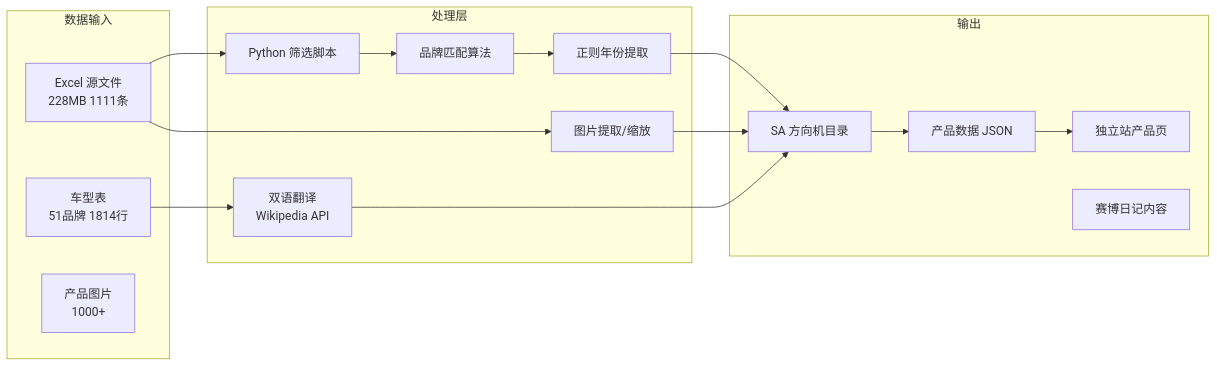
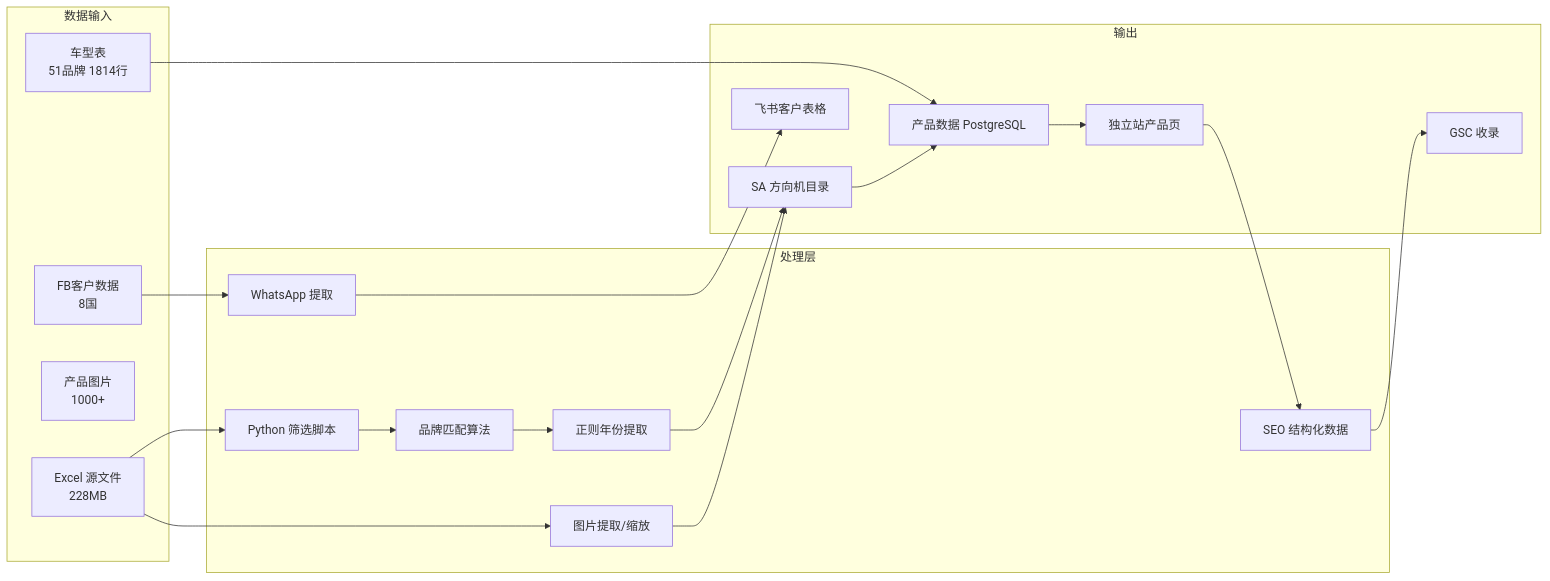
The second of 2 diagrams in content/工具拓扑图.md (zm1988668-coder/cyber-diary), drawn with Mermaid before and after one commit. The commit also changed other lines of this file and 16 other files, not shown here.

Commit message:
feat: add 15 diary entries (6/5-6/19), fix mermaid, update tools map, fix project page title

````diff
--- a/content/工具拓扑图.md
+++ b/content/工具拓扑图.md
@@ -181,34 +146,40 @@
 ```mermaid
 flowchart LR
     subgraph Input["数据输入"]
-        A1[Excel 源文件<br/>228MB 1111条]
-        A2[车型表<br/>51品牌 1814行]
-        A3[产品图片<br/>1000+]
+        A1[Excel 源文件<br>228MB]
+        A2[车型表<br>51品牌 1814行]
+        A3[产品图片<br>1000+]
+        A4[FB客户数据<br>8国]
     end
 
     subgraph Process["处理层"]
         B1[Python 筛选脚本]
         B2[品牌匹配算法]
         B3[图片提取/缩放]
         B4[正则年份提取]
-        B5[双语翻译<br/>Wikipedia API]
+        B5[WhatsApp 提取]
+        B6[SEO 结构化数据]
     end
 
     subgraph Output["输出"]
         C1[SA 方向机目录]
-        C2[产品数据 JSON]
+        C2[产品数据 PostgreSQL]
         C3[独立站产品页]
-        C4[赛博日记内容]
+        C4[飞书客户表格]
+        C5[GSC 收录]
     end
 
     A1 --> B1
     A1 --> B3
     B1 --> B2
     B2 --> B4
     B4 --> C1
     B3 --> C1
-    A2 --> B5
-    B5 --> C1
+    A2 --> C2
     C1 --> C2
     C2 --> C3
+    A4 --> B5
+    B5 --> C4
+    C3 --> B6
+    B6 --> C5
 ```
````
